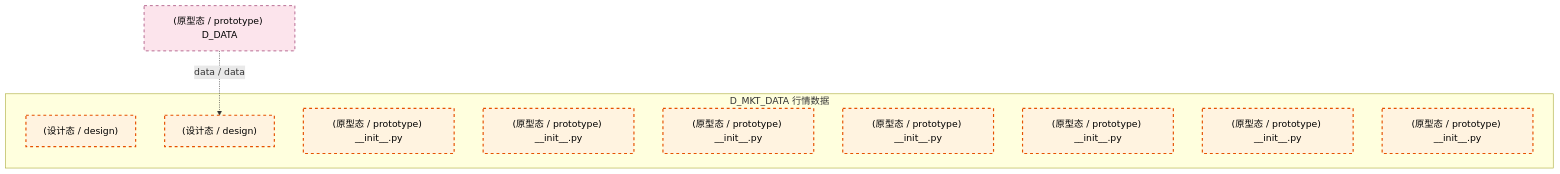
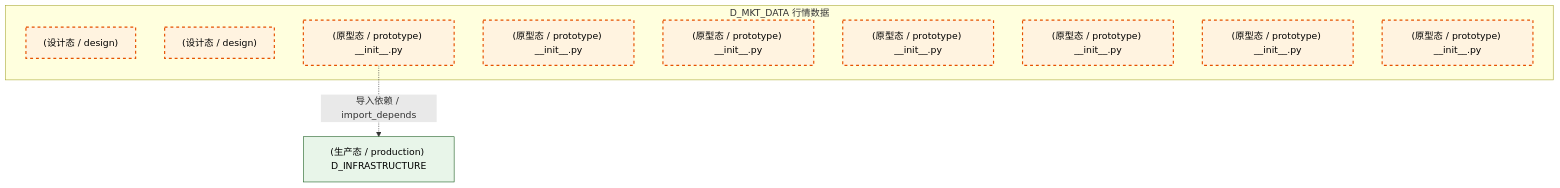
One commit to xuanFelixVan/ZephyrAlpha changed the first of 4 diagrams in docs/02_enterprise_architecture/02_domain_architecture_docs/20_d_mkt_data.md. Above: the diagram before and after it, drawn with Mermaid. The commit also changed other lines of this file and 126 other files, not shown here.

````diff
--- a/docs/02_enterprise_architecture/02_domain_architecture_docs/20_d_mkt_data.md
+++ b/docs/02_enterprise_architecture/02_domain_architecture_docs/20_d_mkt_data.md
@@ -72,22 +72,22 @@
 ```mermaid
 graph TD
     subgraph D_MKT_DATA["D_MKT_DATA 行情数据"]
         docs_03_modules_cross_layer_database_sub_blueprints_c1_market_clickhouse_md["(设计态 / design) "]
         docs_03_modules_domain_data_data_source_operation_manual_md["(设计态 / design) "]
         src_zephyr_market_data_init_py["(原型态 / prototype) __init__.py"]
         src_zephyr_market_data_extensions_init_py["(原型态 / prototype) __init__.py"]
         src_zephyr_market_data_api_init_py["(原型态 / prototype) __init__.py"]
         src_zephyr_market_data_core_init_py["(原型态 / prototype) __init__.py"]
         src_zephyr_market_data_infrastructure_init_py["(原型态 / prototype) __init__.py"]
         src_zephyr_market_data_models_init_py["(原型态 / prototype) __init__.py"]
         src_zephyr_market_data_services_init_py["(原型态 / prototype) __init__.py"]
     end
-    D_DATA["(原型态 / prototype) D_DATA"]
-    D_DATA -.->|data / data| docs_03_modules_domain_data_data_source_operation_manual_md
+    D_INFRASTRUCTURE["(生产态 / production) D_INFRASTRUCTURE"]
+    src_zephyr_market_data_init_py -.->|导入依赖 / import_depends| D_INFRASTRUCTURE
     classDef production fill:#e1f5fe,stroke:#01579b,stroke-width:2px,color:#000
     classDef design fill:#fff3e0,stroke:#e65100,stroke-width:2px,color:#000,stroke-dasharray: 5 5
     classDef external_prod fill:#e8f5e9,stroke:#1b5e20,stroke-width:1px,color:#000
     classDef external_design fill:#fce4ec,stroke:#880e4f,stroke-width:1px,color:#000,stroke-dasharray: 5 5
     class docs_03_modules_cross_layer_database_sub_blueprints_c1_market_clickhouse_md,docs_03_modules_domain_data_data_source_operation_manual_md,src_zephyr_market_data_init_py,src_zephyr_market_data_extensions_init_py,src_zephyr_market_data_api_init_py,src_zephyr_market_data_core_init_py,src_zephyr_market_data_infrastructure_init_py,src_zephyr_market_data_models_init_py,src_zephyr_market_data_services_init_py design
-    class D_DATA external_design
+    class D_INFRASTRUCTURE external_prod
 ```
````
